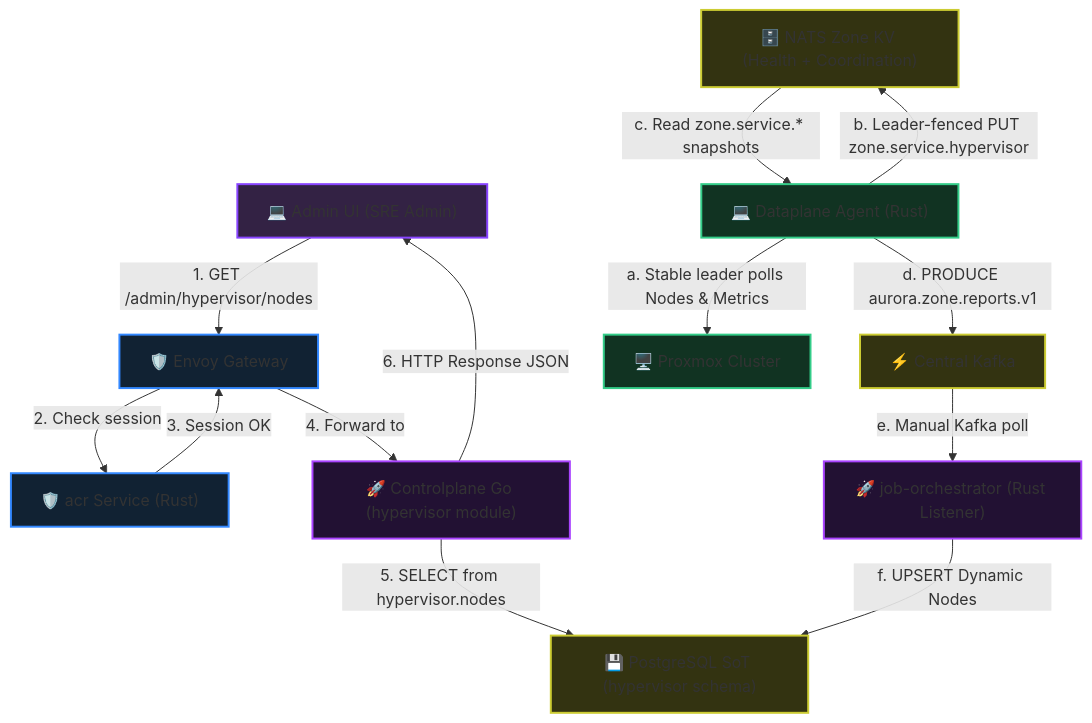
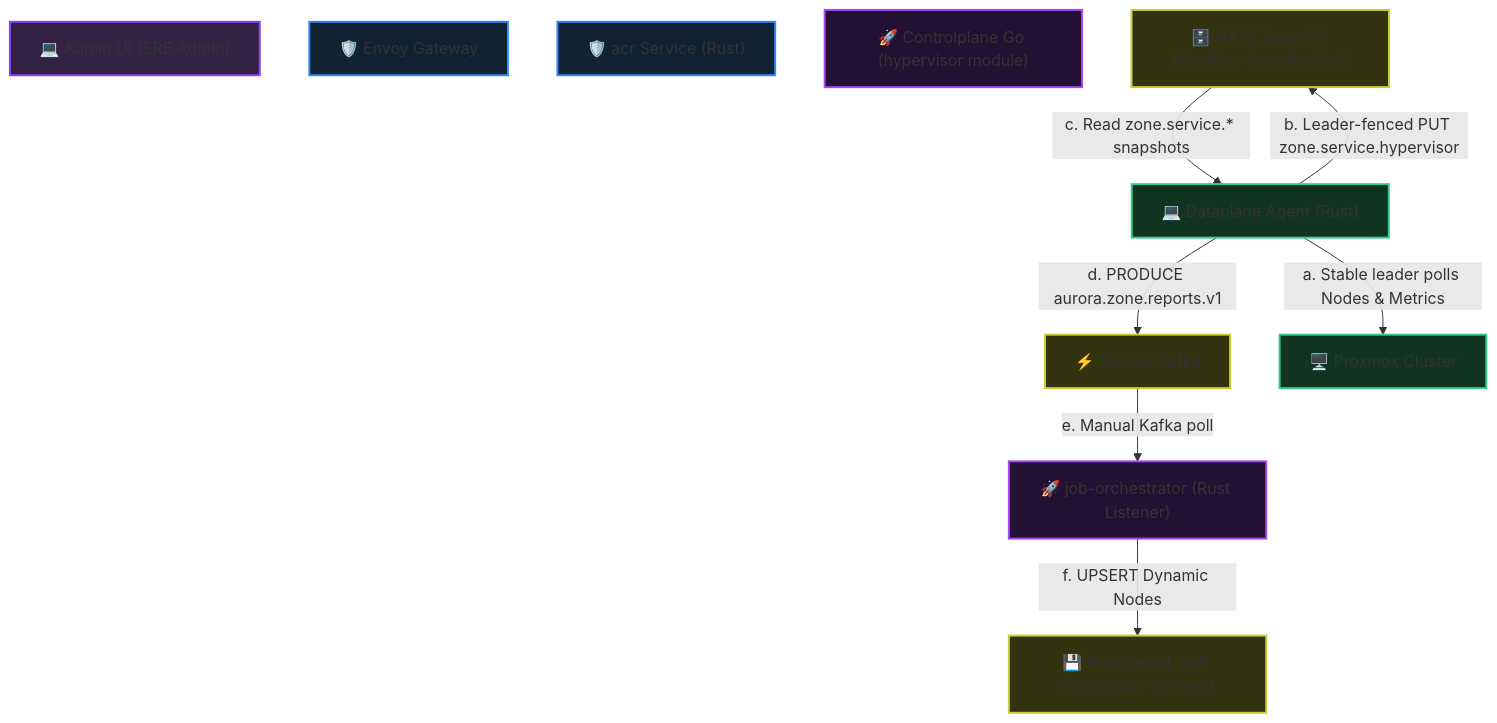
Before and after one commit to phucle996/aurora: the first of 3 diagrams in god_view/hypervisor/hypervisor_connection_lifecycle_god_view.md, drawn with Mermaid. The commit also changed other lines of this file and 72 other files, not shown here.

Commit message:
refactor: replace hypervisor node management with image registry system and update VM creation flow

````diff
--- a/god_view/hypervisor/hypervisor_connection_lifecycle_god_view.md
+++ b/god_view/hypervisor/hypervisor_connection_lifecycle_god_view.md
@@ -21,39 +23,31 @@
 ```mermaid
 graph TD
     classDef client fill:#332244,stroke:#8844ff,stroke-width:2px;
     classDef gateway fill:#112233,stroke:#3388ff,stroke-width:2px;
     classDef storage fill:#333311,stroke:#cccc33,stroke-width:2px;
     classDef backend fill:#221133,stroke:#aa44ff,stroke-width:2px;
     classDef dataplane fill:#113322,stroke:#33cc88,stroke-width:2px;
 
     SRE["💻 Admin UI (SRE Admin)"]:::client
     Envoy["🛡️ Envoy Gateway"]:::gateway
     acr["🛡️ acr Service (Rust)"]:::gateway
     CP["🚀 Controlplane Go (hypervisor module)"]:::backend
     DB["💾 PostgreSQL SoT (hypervisor schema)"]:::storage
     ZoneKV["🗄️ NATS Zone KV (Health + Coordination)"]:::storage
     Kafka["⚡ Central Kafka"]:::storage
     JO["🚀 job-orchestrator (Rust Listener)"]:::backend
     DP["💻 Dataplane Agent (Rust)"]:::dataplane
     PVE["🖥️ Proxmox Cluster"]:::dataplane
 
-    %% Luồng đọc của SRE
-    SRE -- "1. GET /admin/hypervisor/nodes" --> Envoy
-    Envoy -- "2. Check session" --> acr
-    acr -- "3. Session OK" --> Envoy
-    Envoy -- "4. Forward to" --> CP
-    CP -- "5. SELECT from hypervisor.nodes" --> DB
-    CP -- "6. HTTP Response JSON" --> SRE
-
     %% Luồng Auto-discovery & Heartbeat
     DP -- "a. Stable leader polls Nodes & Metrics" --> PVE
     DP -- "b. Leader-fenced PUT zone.service.hypervisor" --> ZoneKV
     
     %% Gateway Gom & Sync L1 (ZoneStatusGateway)
     ZoneKV -- "c. Read zone.service.* snapshots" --> DP
     DP -- "d. PRODUCE aurora.zone.reports.v1" --> Kafka
     
     %% Platform listener consume & write DB
     Kafka -- "e. Manual Kafka poll" --> JO
     JO -- "f. UPSERT Dynamic Nodes" --> DB
 ```
````
